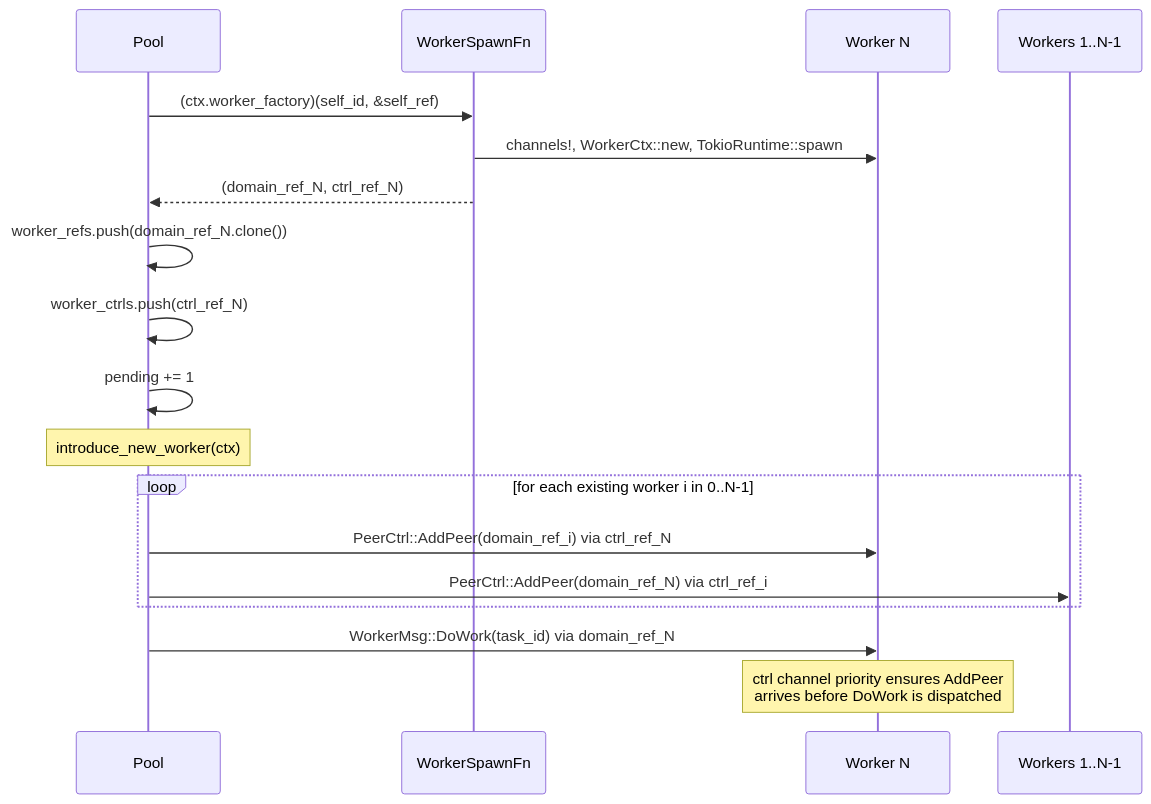
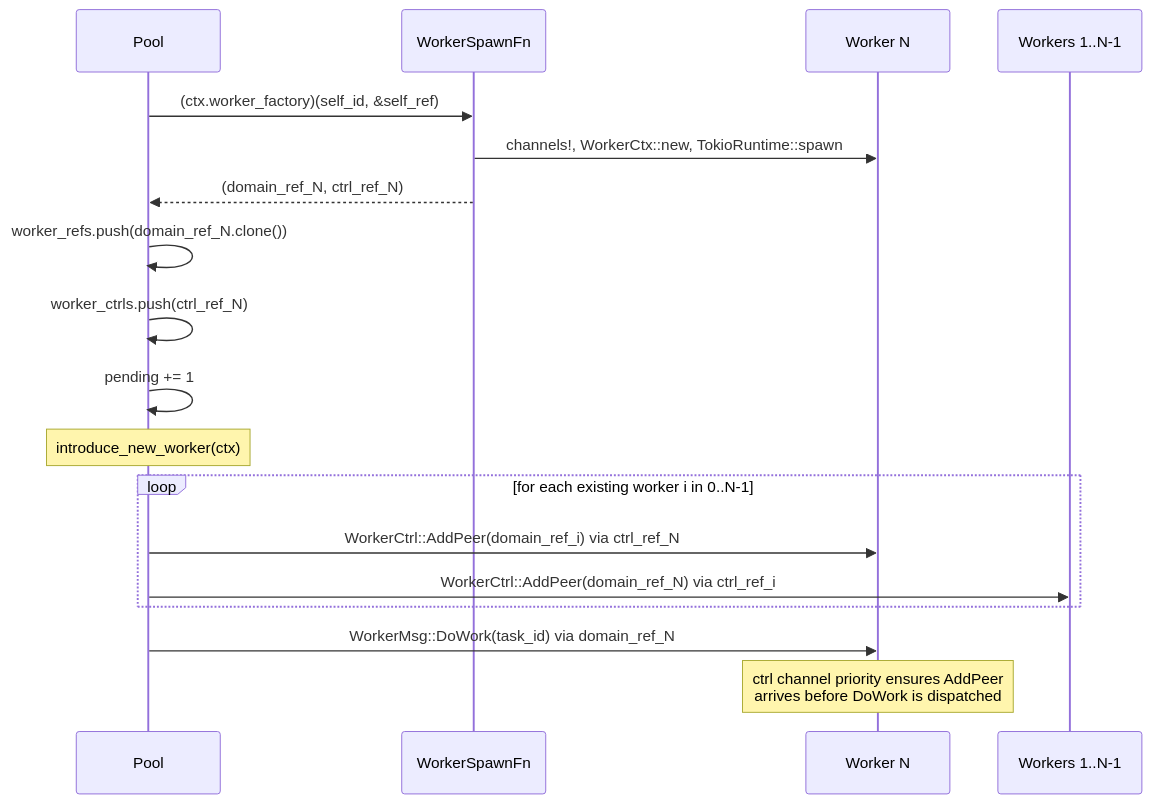
The third of 4 diagrams in spec/architecture/11-dynamic-actors.md (bloxide-com/bloxide), drawn with Mermaid before and after one commit. The commit also changed other lines of this file and 215 other files, not shown here.

````diff
--- a/spec/architecture/11-dynamic-actors.md
+++ b/spec/architecture/11-dynamic-actors.md
@@ -398,24 +586,24 @@
 ```mermaid
 sequenceDiagram
     participant Pool
     participant Factory as WorkerSpawnFn
     participant NewWorker as Worker N
     participant OldWorker as Workers 1..N-1
 
     Pool->>Factory: (ctx.worker_factory)(self_id, &self_ref)
     Factory->>NewWorker: channels!, WorkerCtx::new, TokioRuntime::spawn
     Factory-->>Pool: (domain_ref_N, ctrl_ref_N)
 
     Pool->>Pool: worker_refs.push(domain_ref_N.clone())
     Pool->>Pool: worker_ctrls.push(ctrl_ref_N)
     Pool->>Pool: pending += 1
 
     Note over Pool: introduce_new_worker(ctx)
     loop for each existing worker i in 0..N-1
-        Pool->>NewWorker: PeerCtrl::AddPeer(domain_ref_i) via ctrl_ref_N
-        Pool->>OldWorker: PeerCtrl::AddPeer(domain_ref_N) via ctrl_ref_i
+        Pool->>NewWorker: WorkerCtrl::AddPeer(domain_ref_i) via ctrl_ref_N
+        Pool->>OldWorker: WorkerCtrl::AddPeer(domain_ref_N) via ctrl_ref_i
     end
 
     Pool->>NewWorker: WorkerMsg::DoWork(task_id) via domain_ref_N
     Note over NewWorker: ctrl channel priority ensures AddPeer<br/>arrives before DoWork is dispatched
 ```
````
